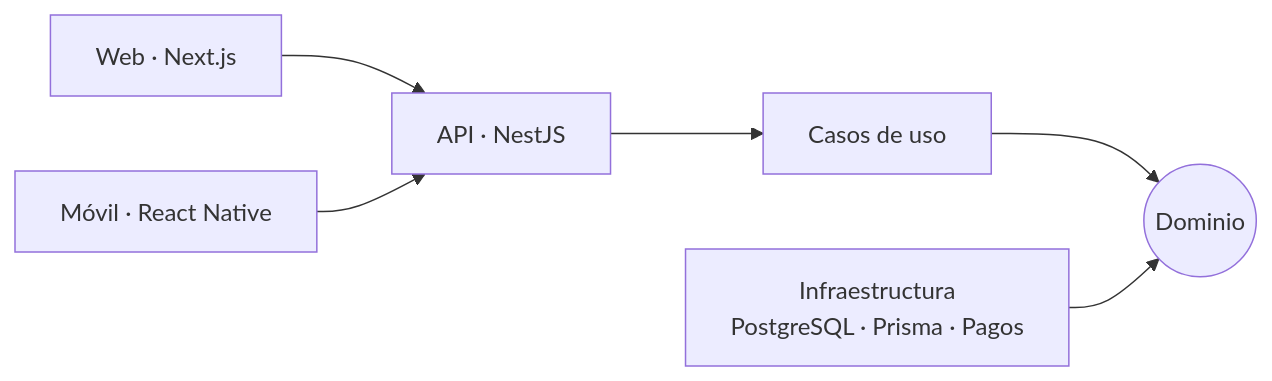
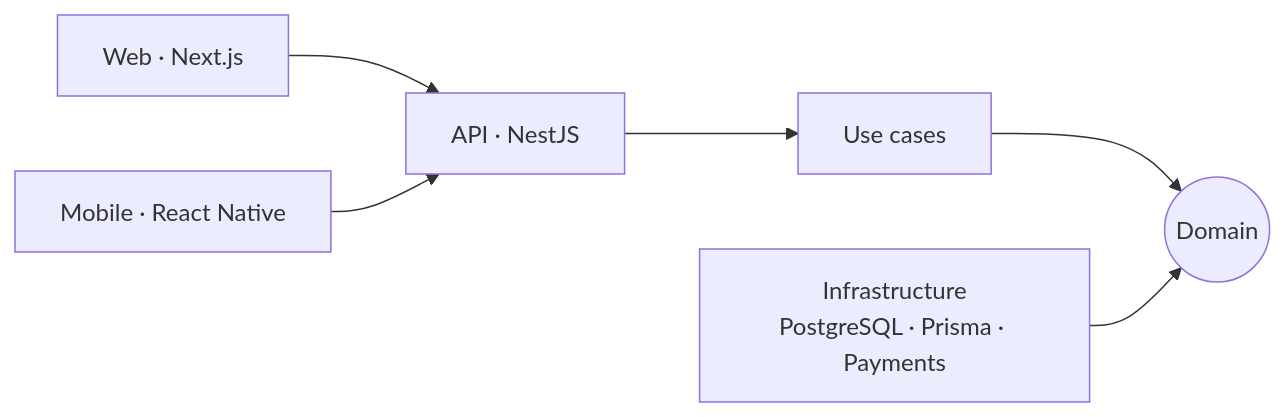
One commit to SaintsLuis/SaintsLuis changed the diagram in README.md. Above: the diagram before and after it, drawn with Mermaid. The commit also changed other lines of this file, not shown here.

````diff
--- a/README.md
+++ b/README.md
@@ -110,8 +122,8 @@
 ```mermaid
 flowchart LR
     W[Web · Next.js] --> A
-    M[Móvil · React Native] --> A
-    A[API · NestJS] --> C[Casos de uso]
-    C --> D((Dominio))
-    I[Infraestructura<br/>PostgreSQL · Prisma · Pagos] --> D
+    M[Mobile · React Native] --> A
+    A[API · NestJS] --> C[Use cases]
+    C --> D((Domain))
+    I[Infrastructure<br/>PostgreSQL · Prisma · Payments] --> D
 ```
````
